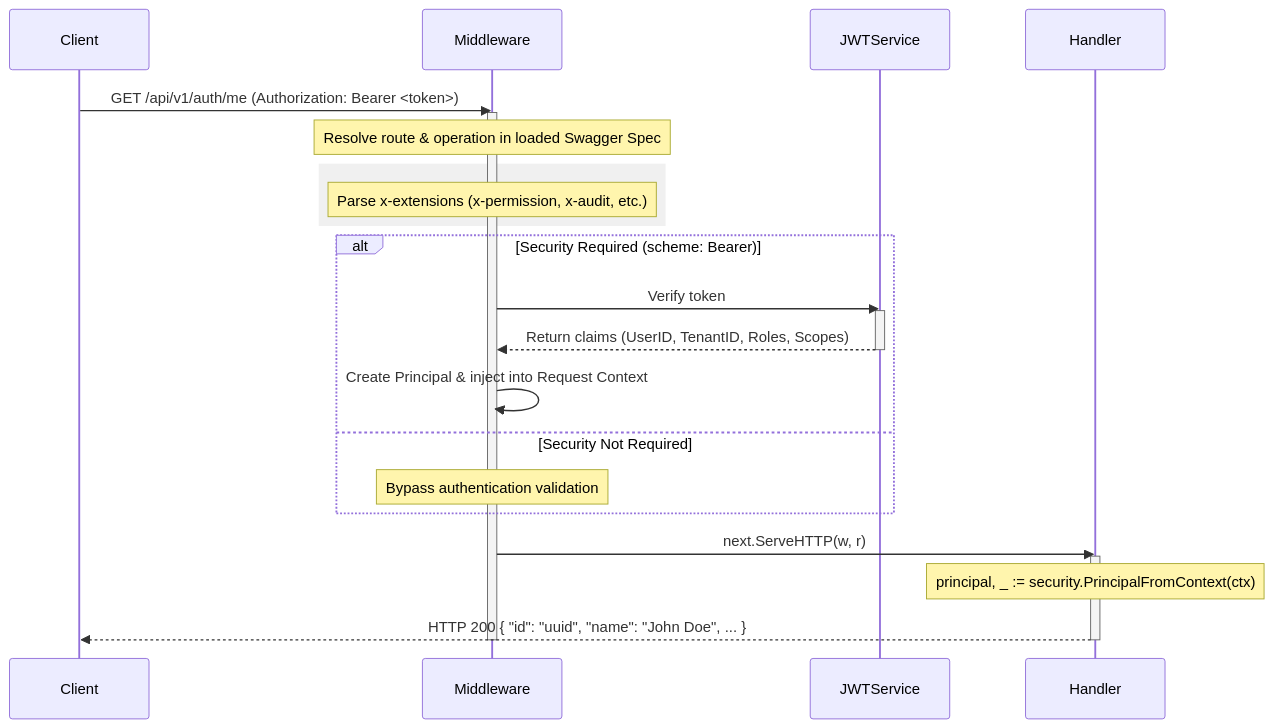
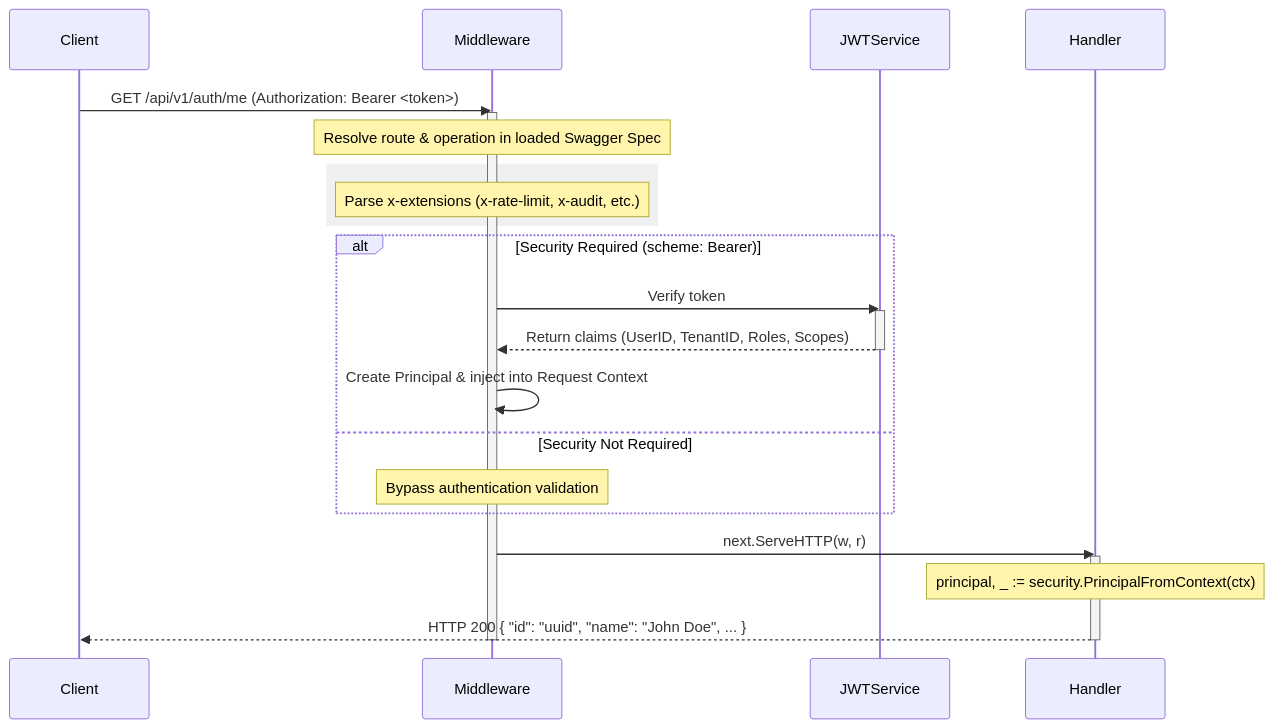
Before and after one commit to misbakhul29/go-backend-chi-openapi: the diagram in README.md, drawn with Mermaid. The commit also changed other lines of this file and 19 other files, not shown here.

Commit message:
feat: implement authentication service with repository, database models, and OpenAPI schema definitions

````diff
--- a/README.md
+++ b/README.md
@@ -57,27 +55,27 @@
 ```mermaid
 sequenceDiagram
     Client->>Middleware: GET /api/v1/auth/me (Authorization: Bearer <token>)
     activate Middleware
     Note over Middleware: Resolve route & operation in loaded Swagger Spec
     
     rect rgb(240, 240, 240)
-    Note over Middleware: Parse x-extensions (x-permission, x-audit, etc.)
+    Note over Middleware: Parse x-extensions (x-rate-limit, x-audit, etc.)
     end
     
     alt Security Required (scheme: Bearer)
         Middleware->>JWTService: Verify token
         activate JWTService
         JWTService-->>Middleware: Return claims (UserID, TenantID, Roles, Scopes)
         deactivate JWTService
         Middleware->>Middleware: Create Principal & inject into Request Context
     else Security Not Required
         Note over Middleware: Bypass authentication validation
     end
 
     Middleware->>Handler: next.ServeHTTP(w, r)
     activate Handler
     Note over Handler: principal, _ := security.PrincipalFromContext(ctx)
     Handler-->>Client: HTTP 200 { "id": "uuid", "name": "John Doe", ... }
     deactivate Handler
     deactivate Middleware
 ```
````
